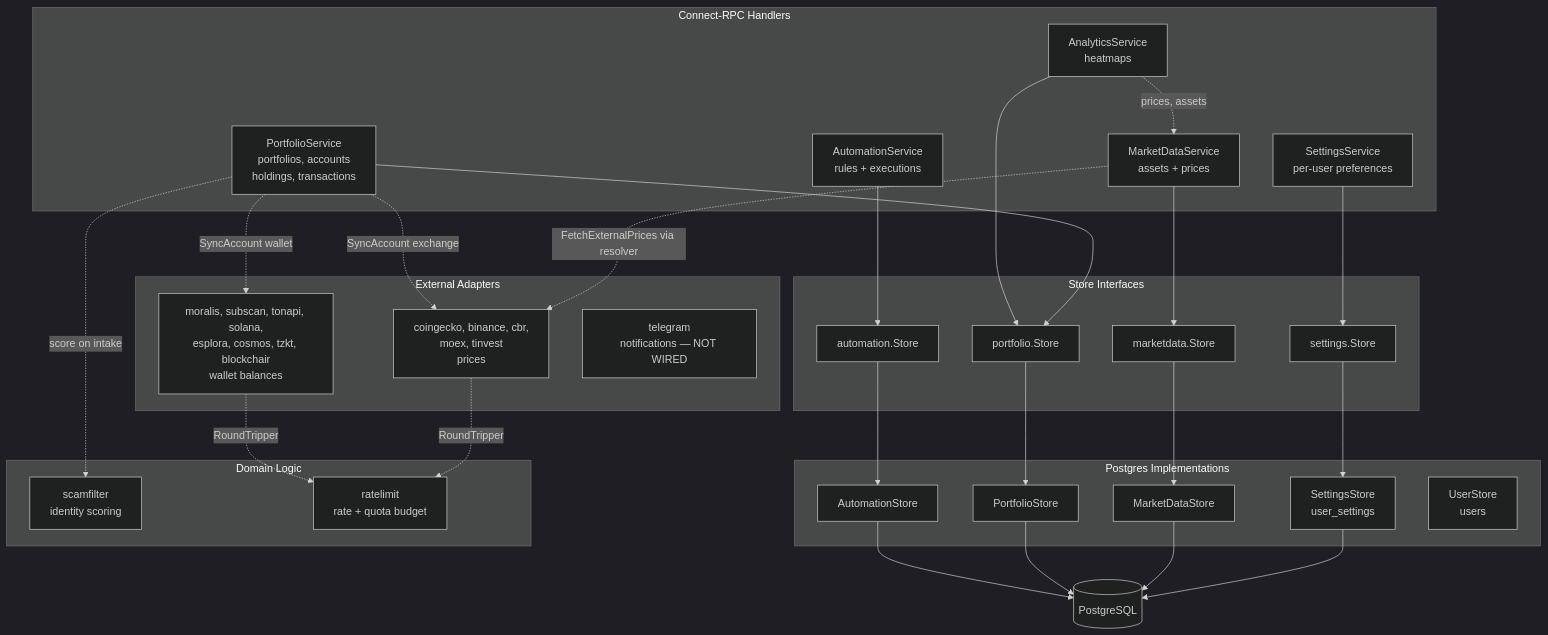
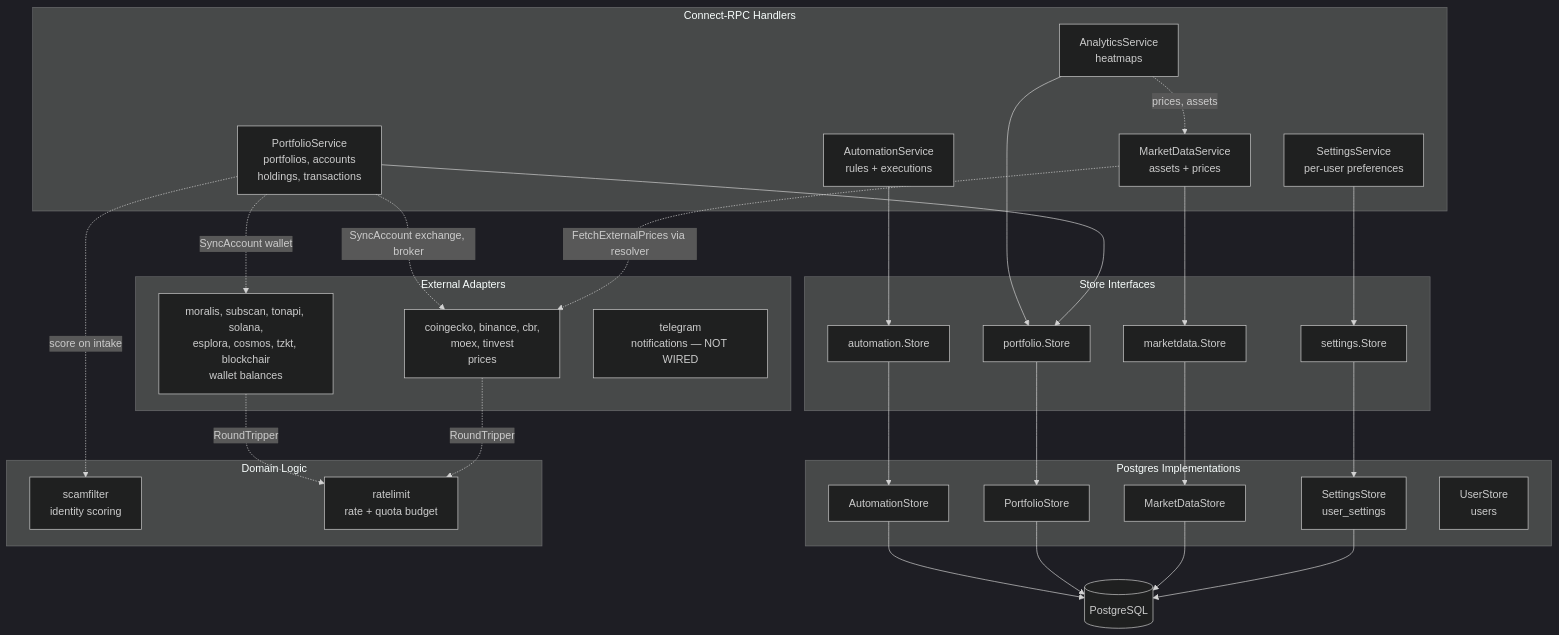
Before and after one commit to foxcool/greedy-eye: the third of 3 diagrams in docs/architecture.md, drawn with Mermaid (dark theme). The commit also changed other lines of this file and 11 other files, not shown here.

````diff
--- a/docs/architecture.md
+++ b/docs/architecture.md
@@ -282,50 +282,50 @@
 ```mermaid
 graph TB
     subgraph "Connect-RPC Handlers"
         MDS[MarketDataService<br/>assets + prices]
         PS[PortfolioService<br/>portfolios, accounts<br/>holdings, transactions]
         AS[AutomationService<br/>rules + executions]
         ANS[AnalyticsService<br/>heatmaps]
         SET[SettingsService<br/>per-user preferences]
     end
 
     subgraph "Store Interfaces"
         MDSI[marketdata.Store]
         PSI[portfolio.Store]
         ASI[automation.Store]
         SETI[settings.Store]
     end
 
     subgraph "Postgres Implementations"
         MDSP[MarketDataStore]
         PSP[PortfolioStore]
         ASP[AutomationStore]
         SETP[SettingsStore<br/>user_settings]
         SSP[UserStore<br/>users]
     end
 
     subgraph "External Adapters"
         Prices[coingecko, binance, cbr,<br/>moex, tinvest<br/>prices]
         Wallets[moralis, subscan, tonapi, solana,<br/>esplora, cosmos, tzkt, blockchair<br/>wallet balances]
         Telegram[telegram<br/>notifications — NOT WIRED]
     end
 
     subgraph "Domain Logic"
         SF[scamfilter<br/>identity scoring]
         RL[ratelimit<br/>rate + quota budget]
     end
 
     SET --> SETI --> SETP --> DB[(PostgreSQL)]
     MDS --> MDSI --> MDSP --> DB[(PostgreSQL)]
     PS  --> PSI  --> PSP  --> DB
     AS  --> ASI  --> ASP  --> DB
     ANS --> PSI
     ANS -.->|prices, assets| MDS
 
     MDS -.->|FetchExternalPrices via resolver| Prices
     PS  -.->|SyncAccount wallet| Wallets
-    PS  -.->|SyncAccount exchange| Prices
+    PS  -.->|SyncAccount exchange, broker| Prices
     PS  -.->|score on intake| SF
     Prices -.->|RoundTripper| RL
     Wallets -.->|RoundTripper| RL
 ```
````
